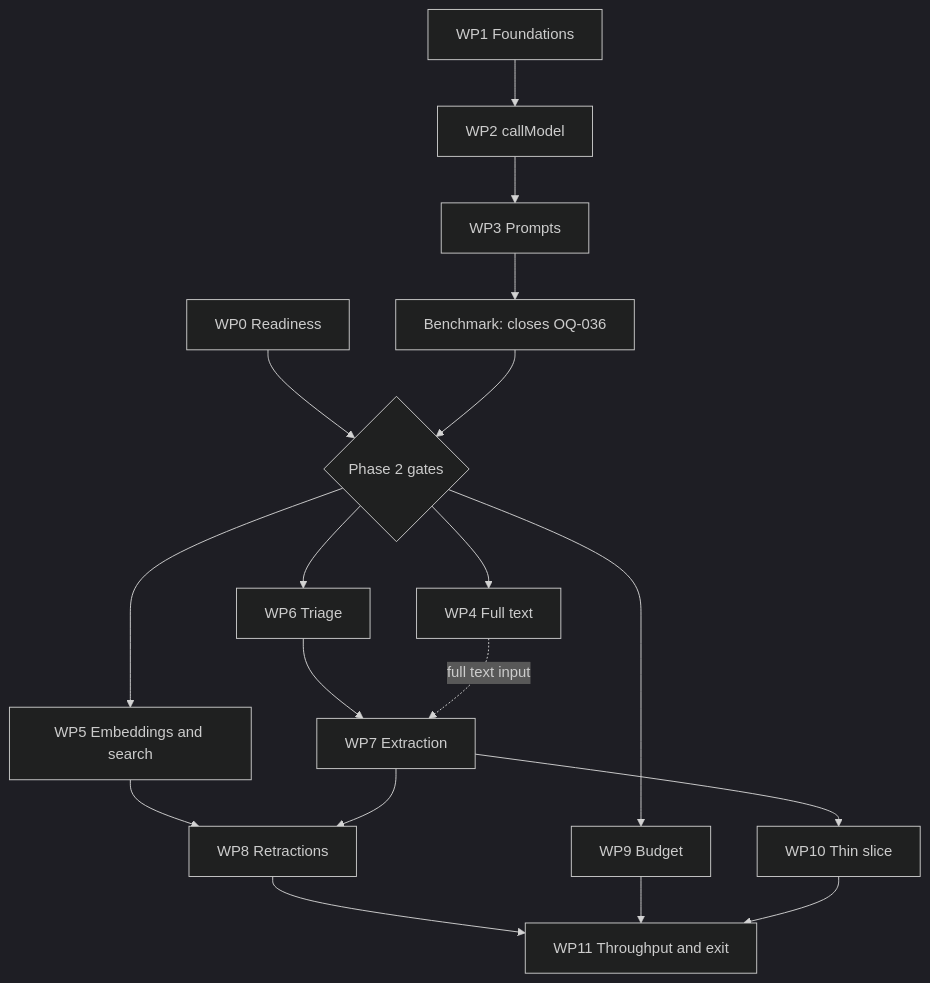
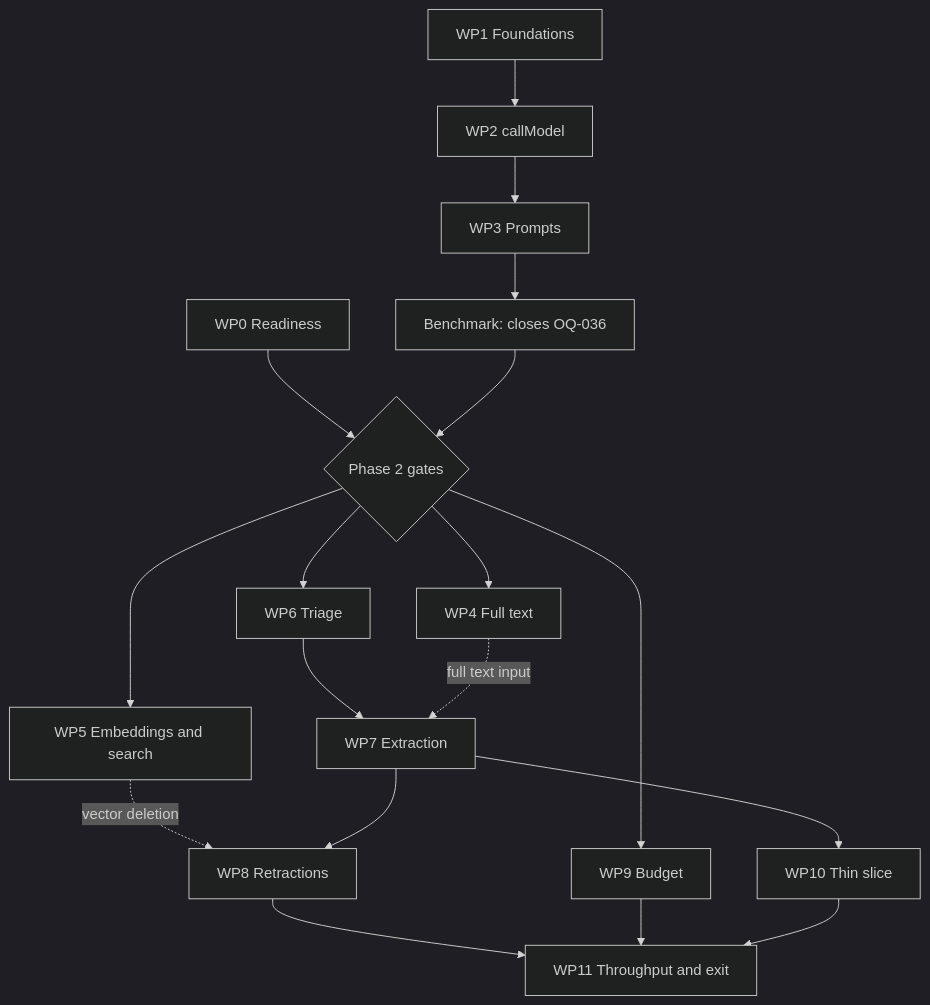
The diagram in docs/kt/phase-2/dependencies.md (SolarnodeCC/didactic-octo-barnacle), drawn with Mermaid (dark theme) before and after one commit. The commit also changed other lines of this file and 10 other files, not shown here.

````diff
--- a/docs/kt/phase-2/dependencies.md
+++ b/docs/kt/phase-2/dependencies.md
@@ -28,20 +28,20 @@
 ```mermaid
 flowchart TD
   WP0[WP0 Readiness] --> G{Phase 2 gates}
   WP1[WP1 Foundations] --> WP2[WP2 callModel]
   WP2 --> WP3[WP3 Prompts]
   WP3 --> B[Benchmark: closes OQ-036]
   B --> G
   G --> WP4[WP4 Full text]
   G --> WP5[WP5 Embeddings and search]
   G --> WP6[WP6 Triage]
   G --> WP9[WP9 Budget]
   WP6 --> WP7[WP7 Extraction]
   WP4 -.full text input.-> WP7
-  WP5 --> WP8[WP8 Retractions]
+  WP5 -.vector deletion.-> WP8[WP8 Retractions]
   WP7 --> WP8
   WP7 --> WP10[WP10 Thin slice]
   WP8 --> WP11[WP11 Throughput and exit]
   WP9 --> WP11
   WP10 --> WP11
 ```
````
